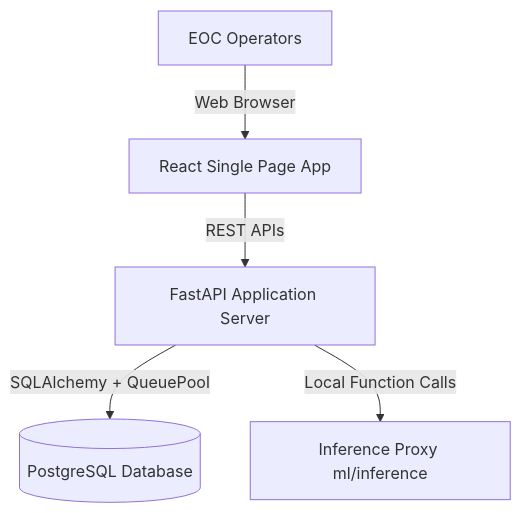
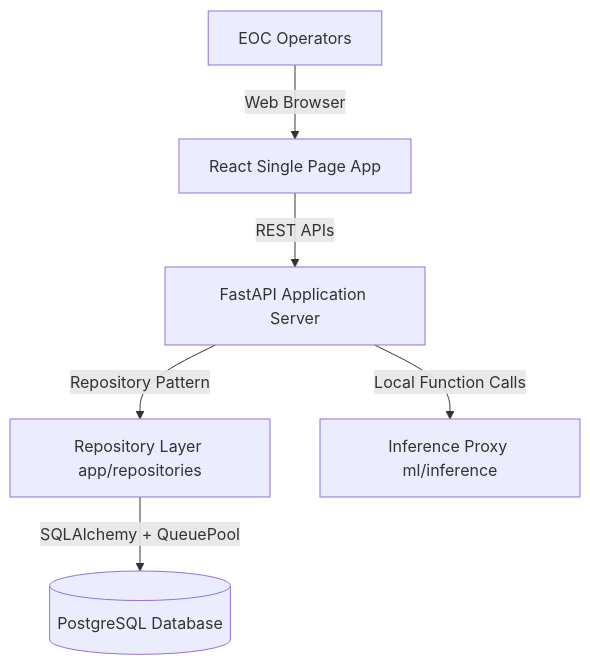
The diagram in PROJECT_CONTEXT.md (anshsingh004/AI-Disaster-Intelligence-Platform), drawn with Mermaid before and after one commit. The commit also changed other lines of this file, not shown here.

Commit message:
docs(spec): update database design and repository patterns for Phase 2

````diff
--- a/PROJECT_CONTEXT.md
+++ b/PROJECT_CONTEXT.md
@@ -22,7 +22,8 @@
 ```mermaid
 graph TD
     User[EOC Operators] -->|Web Browser| Frontend[React Single Page App]
     Frontend -->|REST APIs| Backend[FastAPI Application Server]
-    Backend -->|SQLAlchemy + QueuePool| DB[(PostgreSQL Database)]
+    Backend -->|Repository Pattern| Repos[Repository Layer app/repositories]
+    Repos -->|SQLAlchemy + QueuePool| DB[(PostgreSQL Database)]
     Backend -->|Local Function Calls| ML[Inference Proxy ml/inference]
 ```
````
